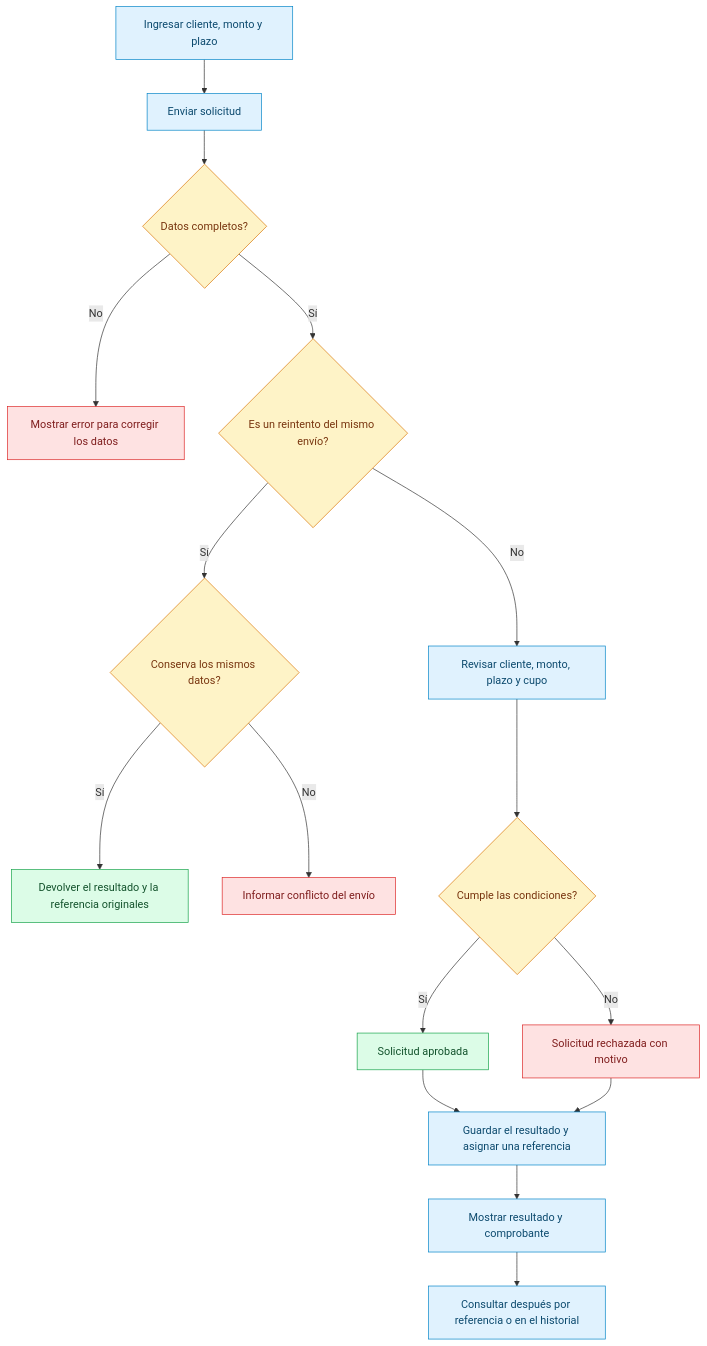
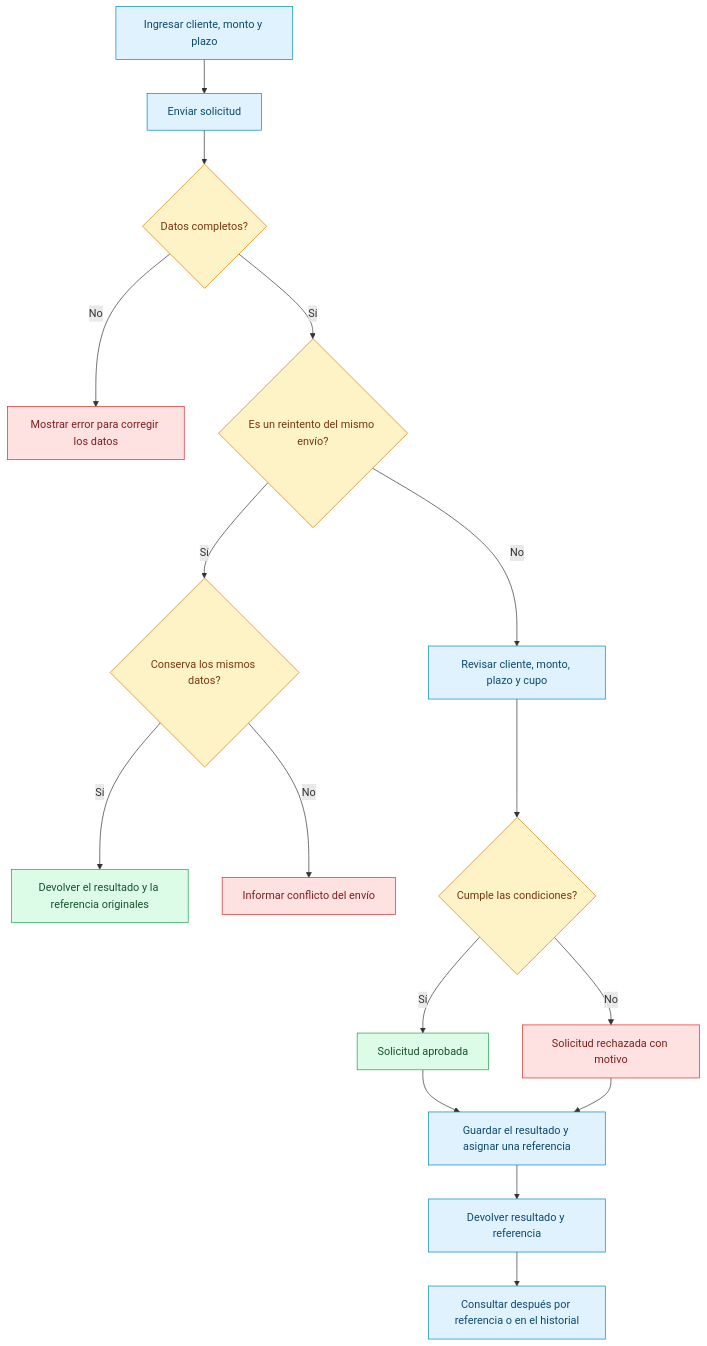
The second of 2 diagrams in README.md (jdug-jadodev/back-IAS), drawn with Mermaid before and after one commit. The commit also changed other lines of this file and 1 other file, not shown here.

````diff
--- a/README.md
+++ b/README.md
@@ -109,27 +100,27 @@
 ```mermaid
 flowchart TD
     START["Ingresar cliente, monto y plazo"] --> SEND["Enviar solicitud"]
     SEND --> VALID{"Datos completos?"}
     VALID -- "No" --> INVALID["Mostrar error para corregir los datos"]
     VALID -- "Sí" --> RETRY{"Es un reintento del mismo envío?"}
     RETRY -- "Sí" --> SAME{"Conserva los mismos datos?"}
     SAME -- "Sí" --> ORIGINAL["Devolver el resultado y la referencia originales"]
     SAME -- "No" --> CONFLICT["Informar conflicto del envío"]
     RETRY -- "No" --> EVALUATE["Revisar cliente, monto, plazo y cupo"]
     EVALUATE --> APPROVE{"Cumple las condiciones?"}
     APPROVE -- "Sí" --> APPROVED["Solicitud aprobada"]
     APPROVE -- "No" --> REJECTED["Solicitud rechazada con motivo"]
     APPROVED --> SAVE["Guardar el resultado y asignar una referencia"]
     REJECTED --> SAVE
-    SAVE --> TICKET["Mostrar resultado y comprobante"]
+    SAVE --> TICKET["Devolver resultado y referencia"]
     TICKET --> QUERY["Consultar después por referencia o en el historial"]
 
     classDef step fill:#e0f2fe,stroke:#0284c7,color:#0c4a6e;
     classDef decision fill:#fef3c7,stroke:#d97706,color:#78350f;
     classDef success fill:#dcfce7,stroke:#16a34a,color:#14532d;
     classDef error fill:#fee2e2,stroke:#dc2626,color:#7f1d1d;
     class START,SEND,EVALUATE,SAVE,TICKET,QUERY step;
     class VALID,RETRY,SAME,APPROVE decision;
     class APPROVED,ORIGINAL success;
     class INVALID,CONFLICT,REJECTED error;
 ```
````
